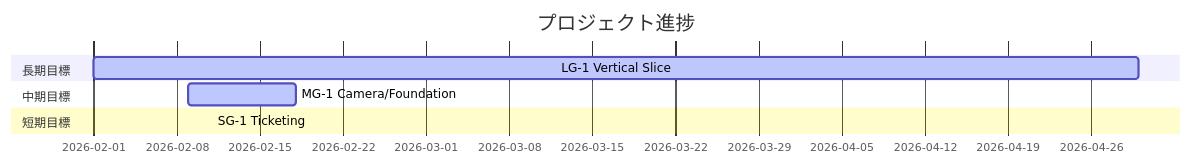
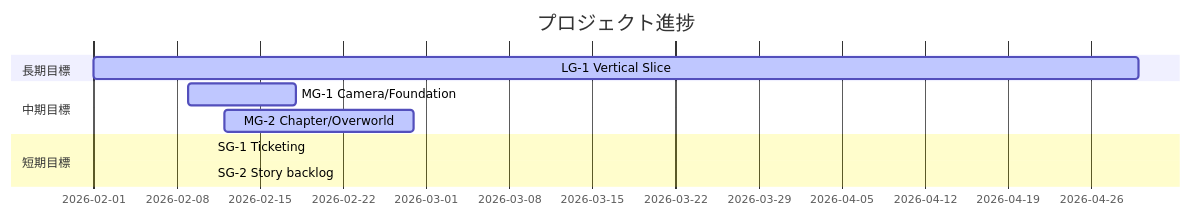
The diagram in docs/MILESTONE_PLAN.md (YuShimoji/99-Slops), drawn with Mermaid before and after one commit. The commit also changed other lines of this file and 37 other files, not shown here.

Commit message:
feat: collect TASK_001 camera refactor and add story chapter backlog

````diff
--- a/docs/MILESTONE_PLAN.md
+++ b/docs/MILESTONE_PLAN.md
@@ -52,11 +73,13 @@
 ```mermaid
 gantt
     title プロジェクト進捗
     dateFormat  YYYY-MM-DD
     section 長期目標
     LG-1 Vertical Slice          :active, lg1, 2026-02-01, 2026-04-30
     section 中期目標
     MG-1 Camera/Foundation       :active, mg1, 2026-02-09, 2026-02-18
+    MG-2 Chapter/Overworld       :active, mg2, 2026-02-12, 2026-02-28
     section 短期目標
     SG-1 Ticketing               :done, sg1, 2026-02-11, 2026-02-11
+    SG-2 Story backlog           :done, sg2, 2026-02-11, 2026-02-11
 ```
````
